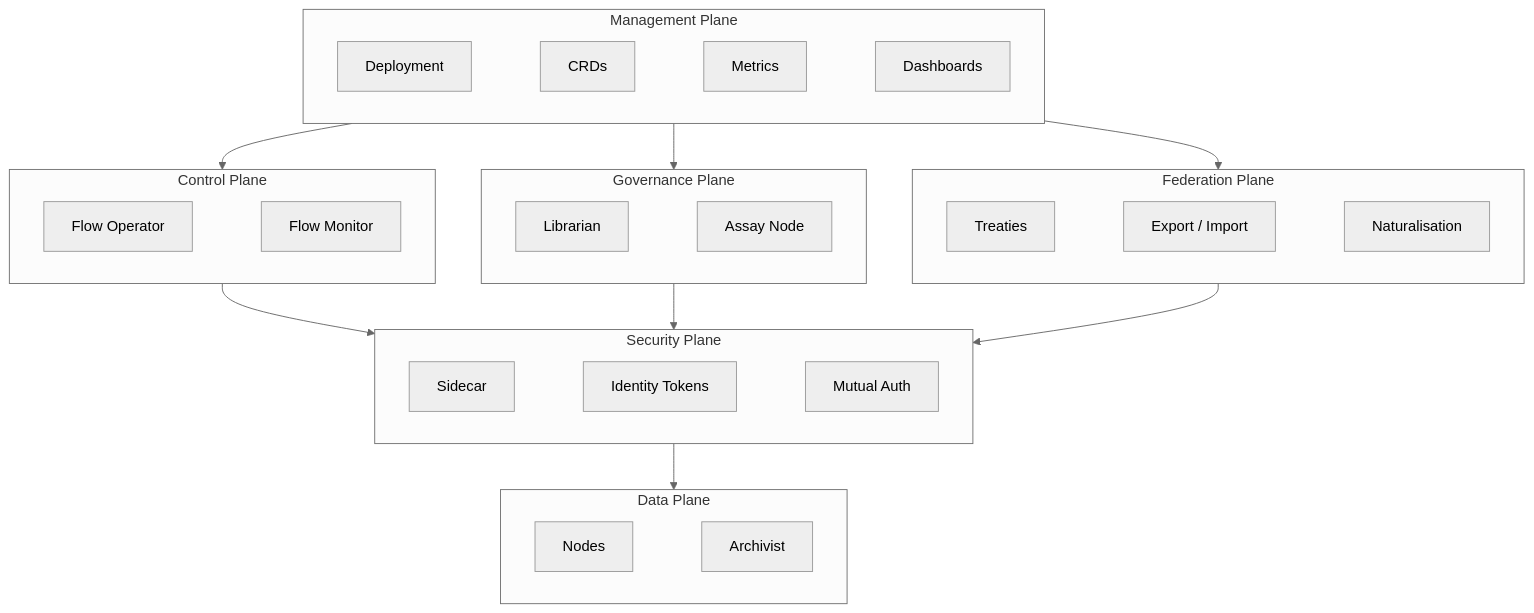
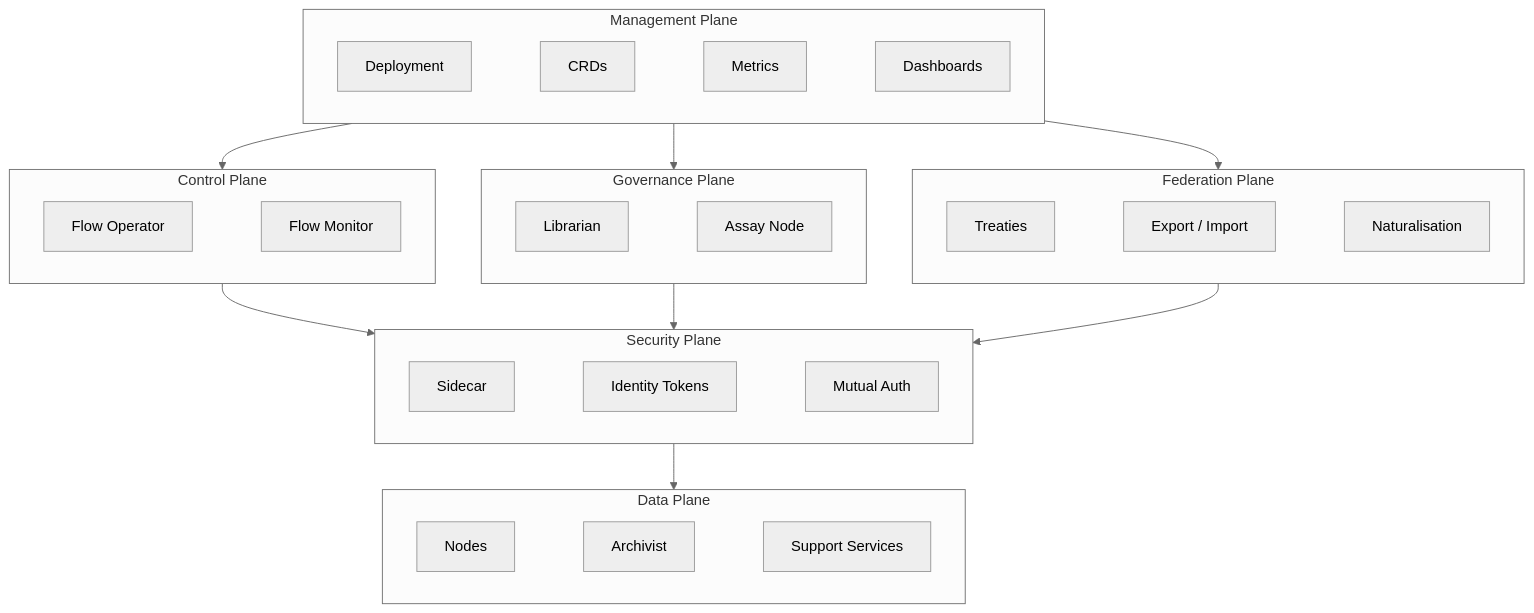
One commit to really-knows-ai/gideas changed the diagram in 01-concepts/01-architecture.md. Above: the diagram before and after it, drawn with Mermaid (neutral theme). The commit also changed other lines of this file and 13 other files, not shown here.

Commit message:
docs: introduce Flow Support Services concept, update related documentation, and clarify Codification Services role

````diff
--- a/01-concepts/01-architecture.md
+++ b/01-concepts/01-architecture.md
@@ -11,42 +11,42 @@
 ```mermaid
 flowchart TD
     subgraph mgmt["Management Plane"]
         direction LR
         Deployment ~~~ CRDs ~~~ Metrics ~~~ Dashboards
     end
 
     subgraph ctrl["Control Plane"]
         direction LR
         Operator[Flow Operator] ~~~ Monitor[Flow Monitor]
     end
 
     subgraph gov["Governance Plane"]
         direction LR
         Librarian ~~~ Assay[Assay Node]
     end
 
     subgraph fed["Federation Plane"]
         direction LR
         Treaties ~~~ Export[Export / Import] ~~~ Nat[Naturalisation]
     end
 
     subgraph sec["Security Plane"]
         direction LR
         Sidecar ~~~ Tokens[Identity Tokens] ~~~ MutualAuth[Mutual Auth]
     end
 
     subgraph data["Data Plane"]
         direction LR
-        Nodes ~~~ Archivist
+        Nodes ~~~ Archivist ~~~ SupportSvc["Support Services"]
     end
 
     mgmt --> ctrl
     mgmt --> gov
     mgmt --> fed
 
     ctrl --> sec
     gov --> sec
     fed --> sec
 
     sec --> data
 ```
````
